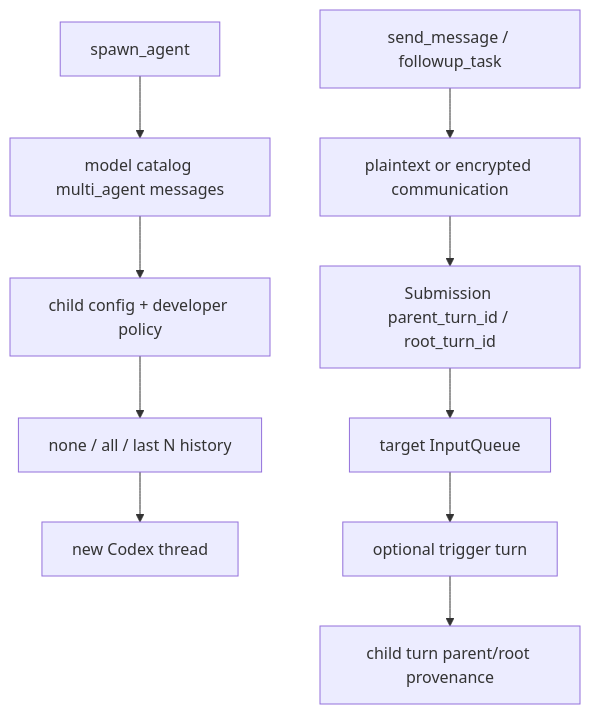
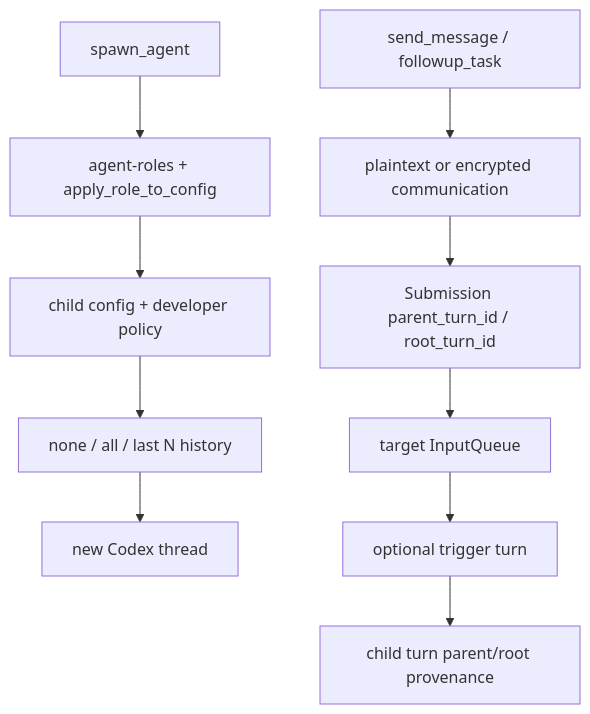
One commit to wdnmdtonyma/SOTA-Agent-LLM-Wiki changed the diagram in docs/llm-wiki/codex/spine/trace-subagent.md. Above: the diagram before and after it, drawn with Mermaid. The commit also changed other lines of this file and 196 other files, not shown here.

````diff
--- a/docs/llm-wiki/codex/spine/trace-subagent.md
+++ b/docs/llm-wiki/codex/spine/trace-subagent.md
@@ -16,12 +16,12 @@
 ```mermaid
 flowchart TD
-    SPAWN["spawn_agent"] --> CATALOG["model catalog multi_agent messages"]
-    CATALOG --> CONFIG["child config + developer policy"]
+    SPAWN["spawn_agent"] --> ROLE["agent-roles + apply_role_to_config"]
+    ROLE --> CONFIG["child config + developer policy"]
     CONFIG --> FORK["none / all / last N history"]
     FORK --> CHILD["new Codex thread"]
     MESSAGE["send_message / followup_task"] --> SOURCE["plaintext or encrypted communication"]
     SOURCE --> SUBMIT["Submission parent_turn_id / root_turn_id"]
     SUBMIT --> QUEUE["target InputQueue"]
     QUEUE --> TURN["optional trigger turn"]
     TURN --> META["child turn parent/root provenance"]
 ```
````
